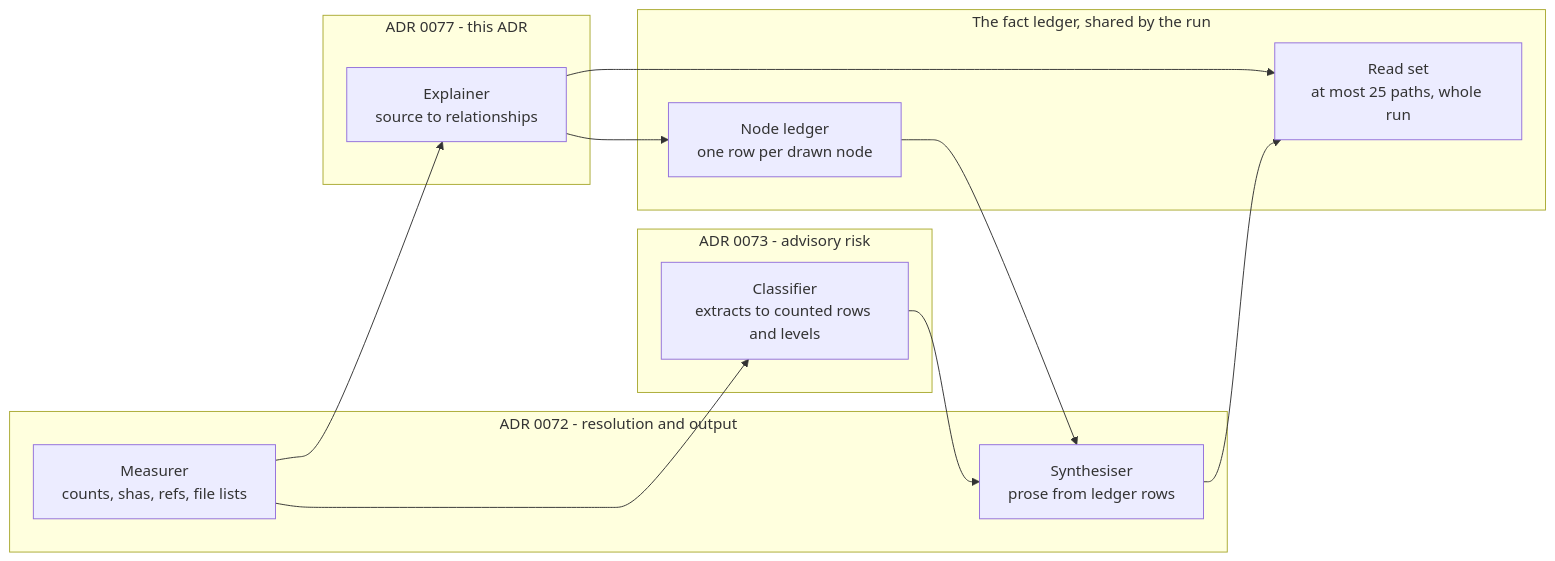
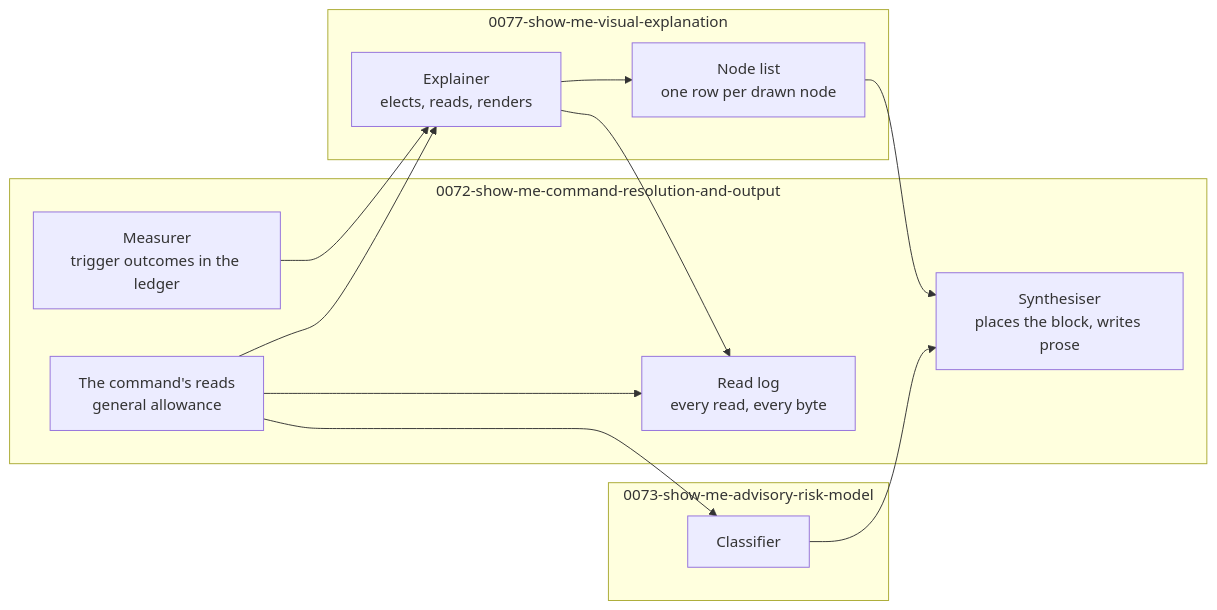
One commit to BrighterCommand/Brighter changed the second of 2 diagrams in docs/adr/0077-show-me-visual-explanation.md. Above: the diagram before and after it, drawn with Mermaid. The commit also changed other lines of this file and 6 other files, not shown here.

````diff
--- a/docs/adr/0077-show-me-visual-explanation.md
+++ b/docs/adr/0077-show-me-visual-explanation.md
@@ -150,24 +188,24 @@
 ```mermaid
 flowchart LR
-    subgraph ADR0072["ADR 0072 - resolution and output"]
-        M["Measurer<br/>counts, shas, refs, file lists"]
-        S["Synthesiser<br/>prose from ledger rows"]
+    subgraph ADR0072["0072-show-me-command-resolution-and-output"]
+        M["Measurer<br/>trigger outcomes in the ledger"]
+        RD["The command's reads<br/>general allowance"]
+        RL["Read log<br/>every read, every byte"]
+        S["Synthesiser<br/>places the block, writes prose"]
     end
-    subgraph ADR0073["ADR 0073 - advisory risk"]
-        CL["Classifier<br/>extracts to counted rows and levels"]
+    subgraph ADR0073["0073-show-me-advisory-risk-model"]
+        CL["Classifier"]
     end
-    subgraph ADR0077["ADR 0077 - this ADR"]
-        EX["Explainer<br/>source to relationships"]
+    subgraph ADR0077["0077-show-me-visual-explanation"]
+        EX["Explainer<br/>elects, reads, renders"]
+        NL["Node list<br/>one row per drawn node"]
     end
-    subgraph LEDGER["The fact ledger, shared by the run"]
-        RS["Read set<br/>at most 25 paths, whole run"]
-        NL["Node ledger<br/>one row per drawn node"]
-    end
-    M --> CL
     M --> EX
-    EX --> RS
-    S --> RS
+    RD --> EX
+    RD --> RL
+    EX --> RL
     EX --> NL
     NL --> S
+    RD --> CL
     CL --> S
 ```
````
